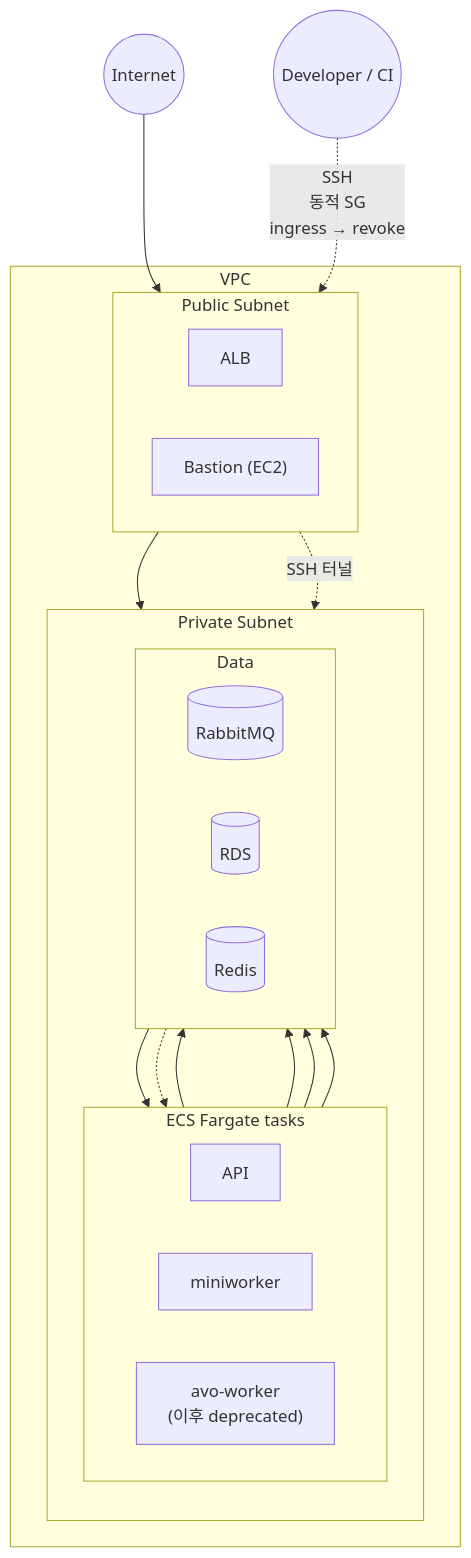
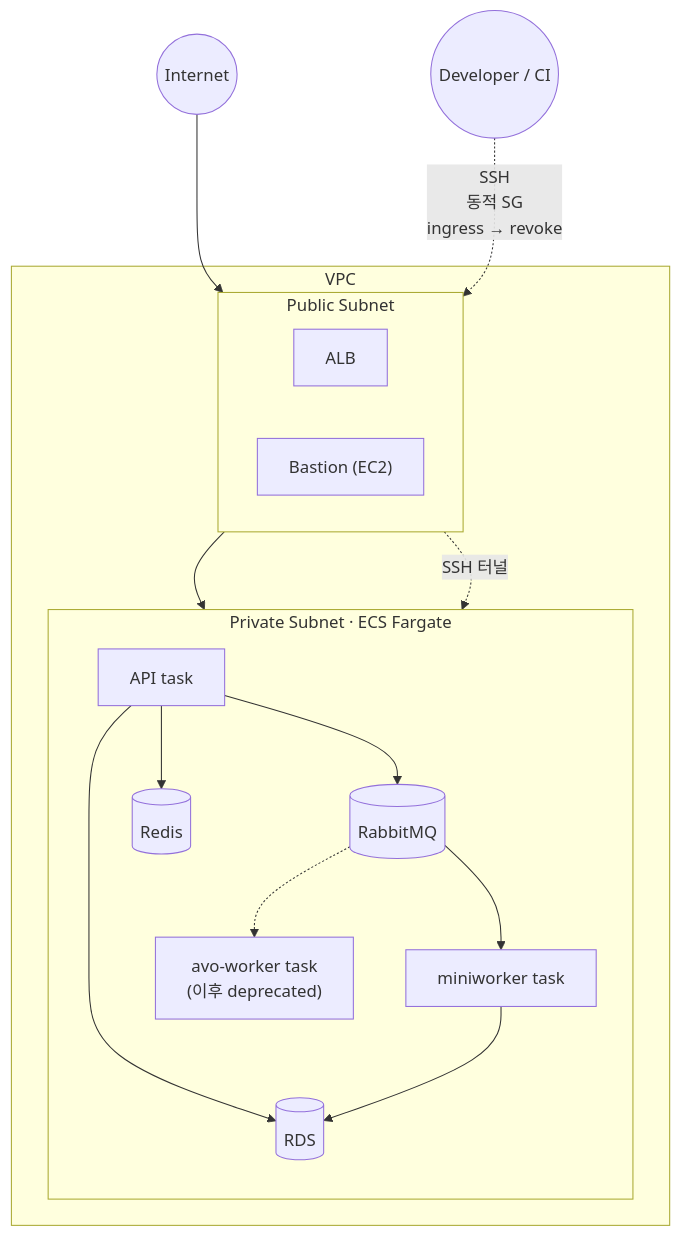
One commit to texasroh/texasroh.github.io changed the sixth of 6 diagrams in _portfolio/portfolio.md. Above: the diagram before and after it, drawn with Mermaid. The commit also changed other lines of this file, not shown here.

Commit message:
docs(portfolio): simplify After diagram + wording tweak
- 1.1: "영업 자산" → "내부 자산"
- 4.2 After: drop nested Compute/Data sub-subgraphs (caused RDS to render outside the cluster); flatten to single "Private Subnet · ECS Fargate" with all nodes in TB direction

````diff
--- a/_portfolio/portfolio.md
+++ b/_portfolio/portfolio.md
@@ -233,37 +233,31 @@
 ```mermaid
 flowchart TB
     Internet((Internet)) --> ALB
     Dev((Developer / CI)) -.->|"SSH<br/>동적 SG<br/>ingress → revoke"| Bastion
 
     subgraph VPC ["VPC"]
         subgraph Pub ["Public Subnet"]
             direction LR
             ALB[ALB]
             Bastion["Bastion (EC2)"]
         end
-        subgraph Priv ["Private Subnet"]
+        subgraph Priv ["Private Subnet · ECS Fargate"]
             direction TB
-            subgraph Compute ["ECS Fargate tasks"]
-                direction LR
-                API[API]
-                Mini[miniworker]
-                Worker["avo-worker<br/>(이후 deprecated)"]
-            end
-            subgraph Data ["Data"]
-                direction LR
-                MQ[("RabbitMQ")]
-                RDS[(RDS)]
-                Redis[(Redis)]
-            end
+            API["API task"]
+            MQ[("RabbitMQ")]
+            Mini["miniworker task"]
+            Worker["avo-worker task<br/>(이후 deprecated)"]
+            RDS[(RDS)]
+            Redis[(Redis)]
         end
     end
 
     ALB --> API
     API --> MQ
+    API --> Redis
+    API --> RDS
     MQ --> Mini
     MQ -.-> Worker
-    API --> RDS
     Mini --> RDS
-    API --> Redis
     Bastion -.->|SSH 터널| RDS
 ```
````
